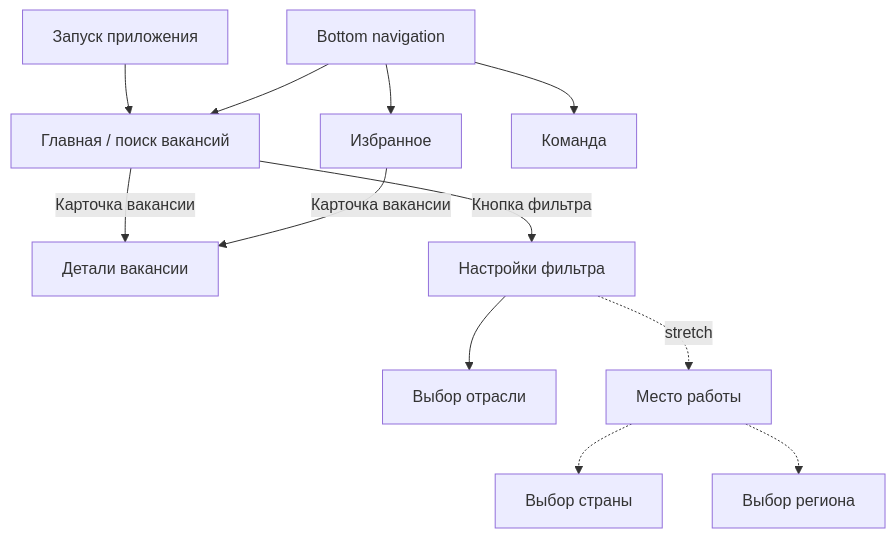
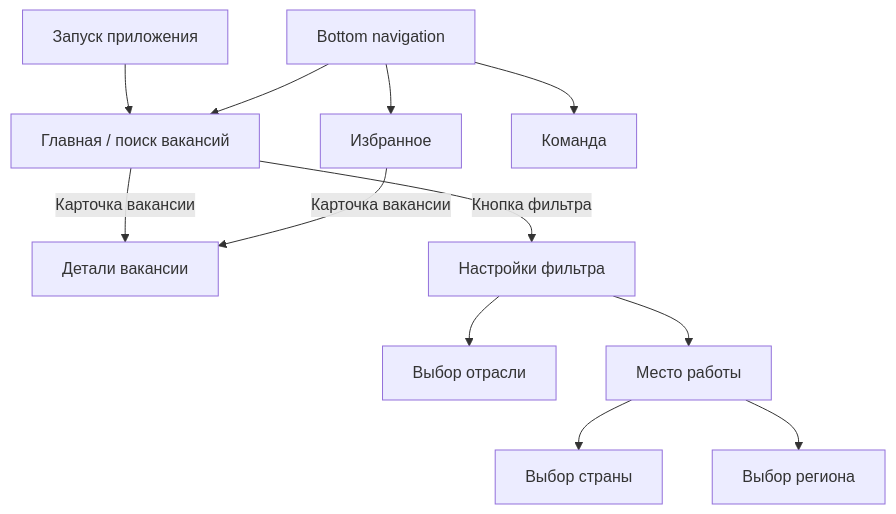
The diagram in documentation/01-продукт-и-требования.md (iudicio/yandex_team_project), drawn with Mermaid before and after one commit. The commit also changed other lines of this file and 11 other files, not shown here.

````diff
--- a/documentation/01-продукт-и-требования.md
+++ b/documentation/01-продукт-и-требования.md
@@ -38,14 +35,14 @@
 ```mermaid
 flowchart TD
     A[Запуск приложения] --> S[Главная / поиск вакансий]
     B[Bottom navigation] --> S
     B --> F[Избранное]
     B --> T[Команда]
     S -->|Карточка вакансии| D[Детали вакансии]
     F -->|Карточка вакансии| D
     S -->|Кнопка фильтра| FS[Настройки фильтра]
     FS --> I[Выбор отрасли]
-    FS -. stretch .-> W[Место работы]
-    W -.-> C[Выбор страны]
-    W -.-> R[Выбор региона]
+    FS --> W[Место работы]
+    W --> C[Выбор страны]
+    W --> R[Выбор региона]
 ```
````
